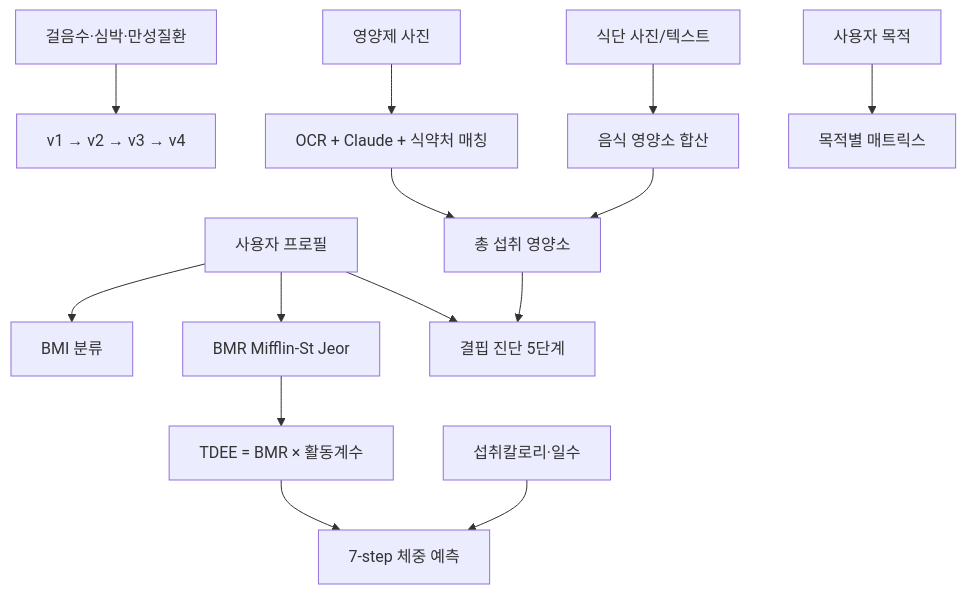
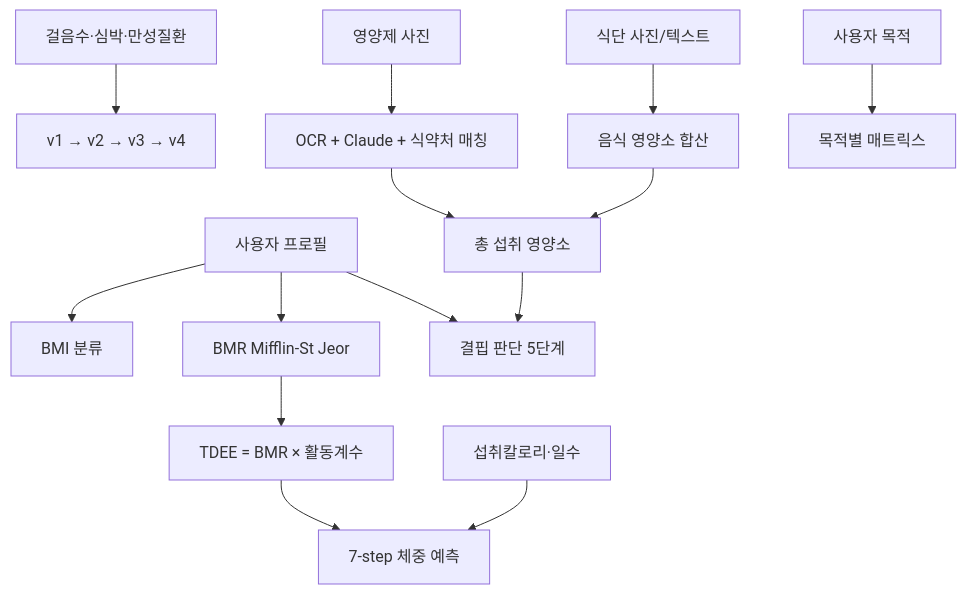
The fifth of 12 diagrams in PROJECT_GUIDE.md (Lemon-Aid-KDT/Lemon-sin), drawn with Mermaid before and after one commit. The commit also changed other lines of this file and 139 other files, not shown here.

````diff
--- a/PROJECT_GUIDE.md
+++ b/PROJECT_GUIDE.md
@@ -685,19 +687,19 @@
 ```mermaid
 flowchart TB
     P[사용자 프로필] --> BMI[BMI 분류]
     P --> BMR[BMR Mifflin-St Jeor]
     BMR --> TDEE[TDEE = BMR × 활동계수]
     INTAKE[섭취칼로리·일수] --> WP[7-step 체중 예측]
     TDEE --> WP
 
     STEP[걸음수·심박·만성질환] --> V[v1 → v2 → v3 → v4]
 
     SUP[영양제 사진] --> OCR[OCR + Claude + 식약처 매칭]
     MEAL[식단 사진/텍스트] --> NM[음식 영양소 합산]
     OCR --> SUM[총 섭취 영양소]
     NM --> SUM
-    SUM --> DEF[결핍 진단 5단계]
+    SUM --> DEF[결핍 판단 5단계]
     P --> DEF
 
     GOAL[사용자 목적] --> GM[목적별 매트릭스]
 ```
````
